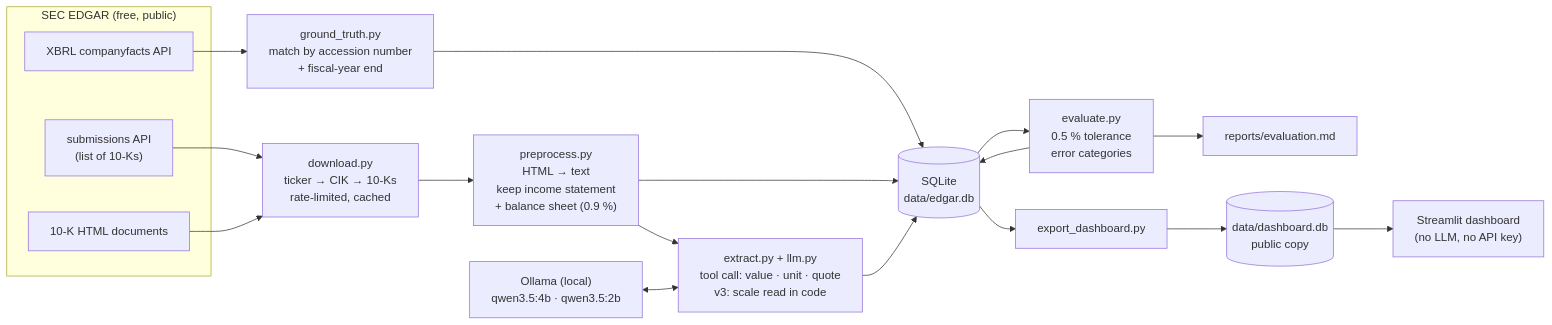
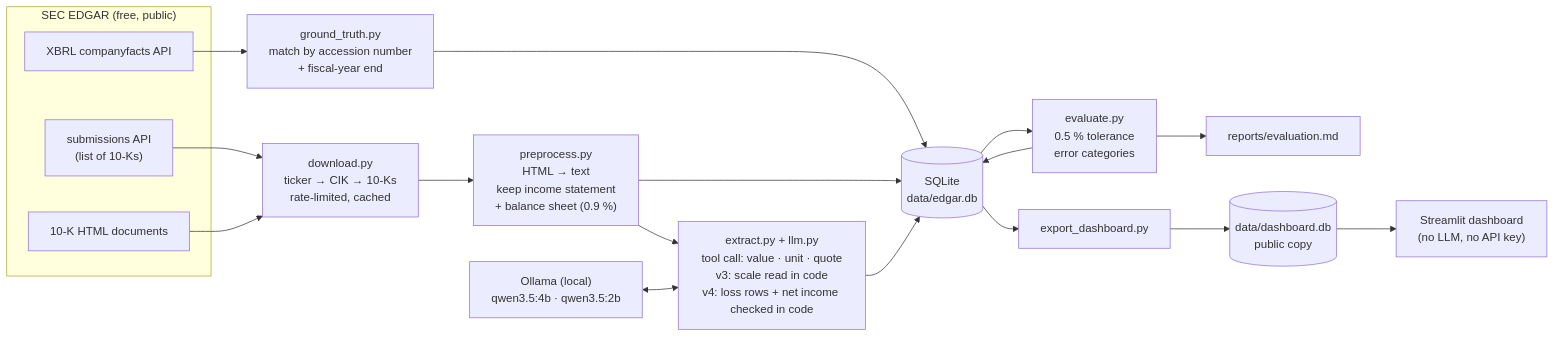
The diagram in README.md (maurizoffice-lgtm/edgar-extract), drawn with Mermaid before and after one commit. The commit also changed other lines of this file and 15 other files, not shown here.

````diff
--- a/README.md
+++ b/README.md
@@ -34,23 +35,23 @@
 ```mermaid
 flowchart LR
     subgraph SEC["SEC EDGAR (free, public)"]
         S["submissions API<br/>(list of 10-Ks)"]
         H["10-K HTML documents"]
         X["XBRL companyfacts API"]
     end
     S --> D["download.py<br/>ticker → CIK → 10-Ks<br/>rate-limited, cached"]
     H --> D
     X --> G["ground_truth.py<br/>match by accession number<br/>+ fiscal-year end"]
     D --> P["preprocess.py<br/>HTML → text<br/>keep income statement<br/>+ balance sheet (0.9 %)"]
-    P --> E["extract.py + llm.py<br/>tool call: value · unit · quote<br/>v3: scale read in code"]
+    P --> E["extract.py + llm.py<br/>tool call: value · unit · quote<br/>v3: scale read in code<br/>v4: loss rows + net income checked in code"]
     O["Ollama (local)<br/>qwen3.5:4b · qwen3.5:2b"] <--> E
     G --> DB[("SQLite<br/>data/edgar.db")]
     P --> DB
     E --> DB
     DB --> V["evaluate.py<br/>0.5 % tolerance<br/>error categories"]
     V --> R["reports/evaluation.md"]
     V --> DB
     DB --> EX["export_dashboard.py"]
     EX --> DDB[("data/dashboard.db<br/>public copy")]
     DDB --> UI["Streamlit dashboard<br/>(no LLM, no API key)"]
 ```
````
